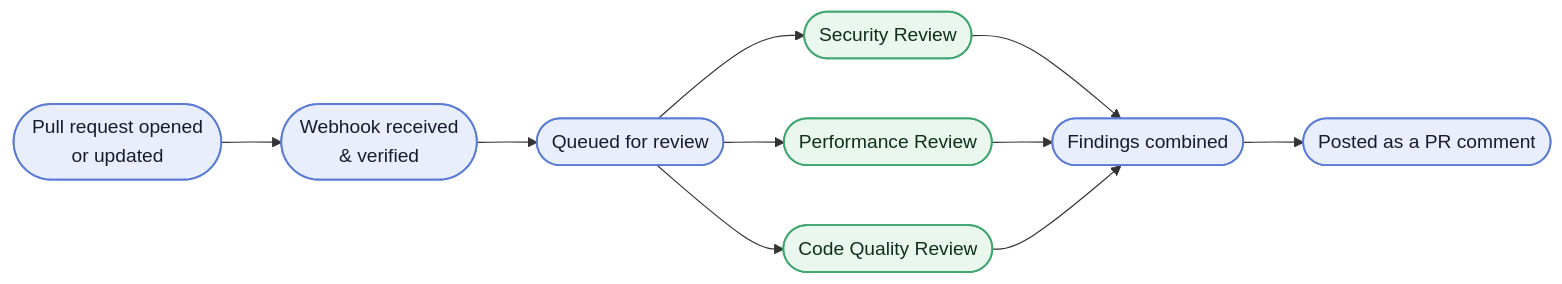
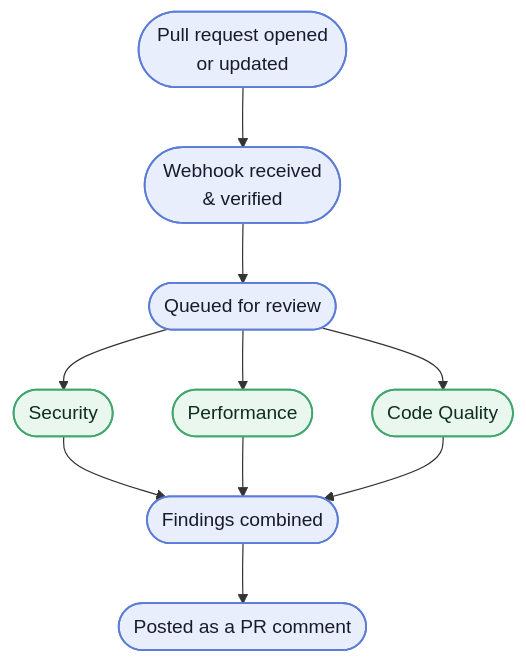
One commit to SomeoneSomewhereelse/pr-review-bot changed the diagram in README.md. Above: the diagram before and after it, drawn with Mermaid. The commit also changed 1 other file, not shown here.

Commit message:
docs: fix Mermaid diagram overflow and trim specialist labels
Switch the README's flowchart from LR to TD so it stacks narrower instead of
running wide enough to get clipped by GitHub's fixed content width. Drop the
redundant "Review" suffix from the three specialist frames in both the
README's Mermaid diagram and the guide's interactive HTML diagram.

Claude-Session: https://claude.ai/code/session_01JK47sRvzsWM8Xx1dCi49RB

````diff
--- a/README.md
+++ b/README.md
@@ -24,17 +24,17 @@
 ```mermaid
-flowchart LR
+flowchart TD
     PR(["Pull request opened<br/>or updated"]) --> Hook(["Webhook received<br/>&amp; verified"])
     Hook --> Queue(["Queued for review"])
-    Queue --> Sec(["Security Review"])
-    Queue --> Perf(["Performance Review"])
-    Queue --> Qual(["Code Quality Review"])
+    Queue --> Sec(["Security"])
+    Queue --> Perf(["Performance"])
+    Queue --> Qual(["Code Quality"])
     Sec --> Merge(["Findings combined"])
     Perf --> Merge
     Qual --> Merge
     Merge --> Comment(["Posted as a PR comment"])
 
     classDef stage fill:#e8eefc,stroke:#5b7cd6,stroke-width:1.5px,color:#1a1a2e;
     classDef specialist fill:#eaf7ef,stroke:#3fa66d,stroke-width:1.5px,color:#0f2f1c;
     class PR,Hook,Queue,Merge,Comment stage;
     class Sec,Perf,Qual specialist;
 ```
````
